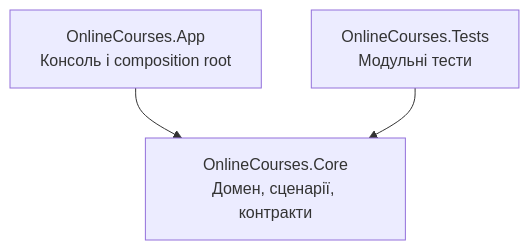
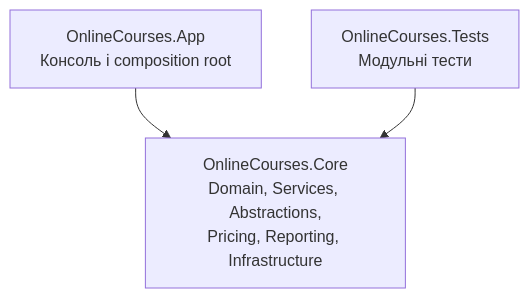
One commit to inkonzottn/KPZ changed the diagram in docs/architecture.md. Above: the diagram before and after it, drawn with Mermaid. The commit also changed other lines of this file, not shown here.

Commit message:
docs(architecture): document current dependency structure

````diff
--- a/docs/architecture.md
+++ b/docs/architecture.md
@@ -25,8 +27,8 @@
 ```mermaid
 flowchart TB
     App["OnlineCourses.App<br/>Консоль і composition root"]
-    Core["OnlineCourses.Core<br/>Домен, сценарії, контракти"]
+    Core["OnlineCourses.Core<br/>Domain, Services, Abstractions,<br/>Pricing, Reporting, Infrastructure"]
     Tests["OnlineCourses.Tests<br/>Модульні тести"]
     App --> Core
     Tests --> Core
 ```
````
